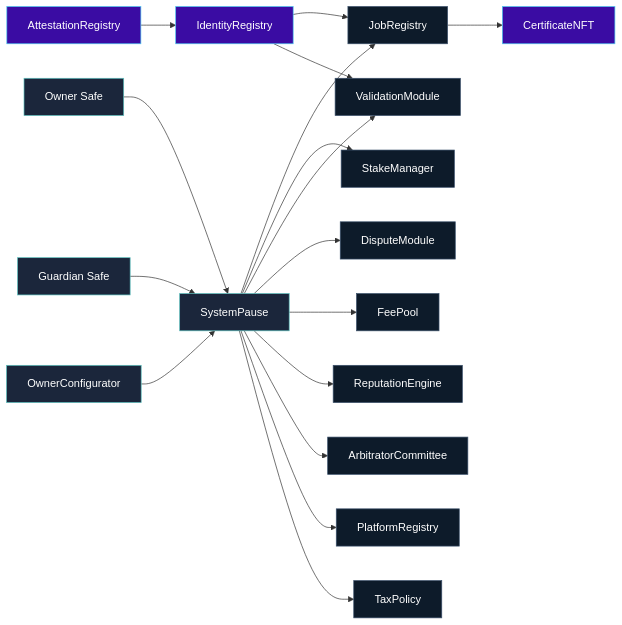
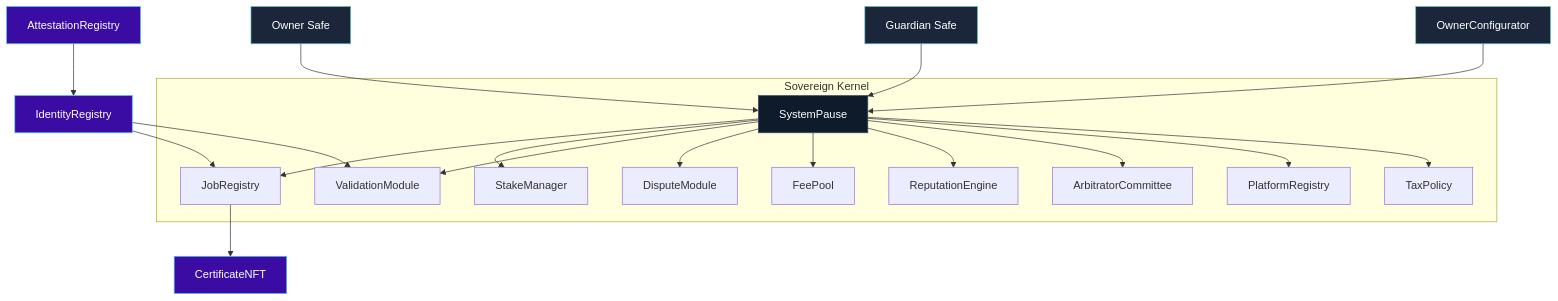
Before and after one commit to MontrealAI/agijobs-sovereign-labor-v0p1: the second of 3 diagrams in contracts/README.md, drawn with Mermaid. The commit also changed other lines of this file, not shown here.

````diff
--- a/contracts/README.md
+++ b/contracts/README.md
@@ -14,23 +59,25 @@
 ```mermaid
-flowchart LR
-    owner[Owner Safe]:::gov --> pause[SystemPause]:::gov
+flowchart TD
+    owner[Owner Safe]:::gov --> pause[SystemPause]:::hub
     guardian[Guardian Safe]:::gov --> pause
     configurator[OwnerConfigurator]:::gov --> pause
-    pause --> job[JobRegistry]:::core
-    pause --> stake[StakeManager]:::core
-    pause --> validate[ValidationModule]:::core
-    pause --> dispute[DisputeModule]:::core
-    pause --> fee[FeePool]:::core
-    pause --> rep[ReputationEngine]:::core
-    pause --> arb[ArbitratorCommittee]:::core
-    pause --> platform[PlatformRegistry]:::core
-    pause --> tax[TaxPolicy]:::core
-    job --> cert[CertificateNFT]:::identity
-    id[IdentityRegistry]:::identity --> job
-    id --> validate
-    att[AttestationRegistry]:::identity --> id
+    subgraph Sovereign Kernel
+        pause --> job[JobRegistry]
+        pause --> stake[StakeManager]
+        pause --> validate[ValidationModule]
+        pause --> dispute[DisputeModule]
+        pause --> fee[FeePool]
+        pause --> rep[ReputationEngine]
+        pause --> arb[ArbitratorCommittee]
+        pause --> platform[PlatformRegistry]
+        pause --> tax[TaxPolicy]
+    end
+    identity[IdentityRegistry]:::id --> job
+    identity --> validate
+    att[AttestationRegistry]:::id --> identity
+    job --> cert[CertificateNFT]:::id
 
     classDef gov fill:#1b263b,stroke:#5bc0be,color:#fff;
-    classDef core fill:#0d1b2a,stroke:#3a506b,color:#fff;
-    classDef identity fill:#3a0ca3,stroke:#4cc9f0,color:#fff;
+    classDef hub fill:#0d1b2a,stroke:#3a506b,color:#fff;
+    classDef id fill:#3a0ca3,stroke:#4cc9f0,color:#fff;
 ```
````
